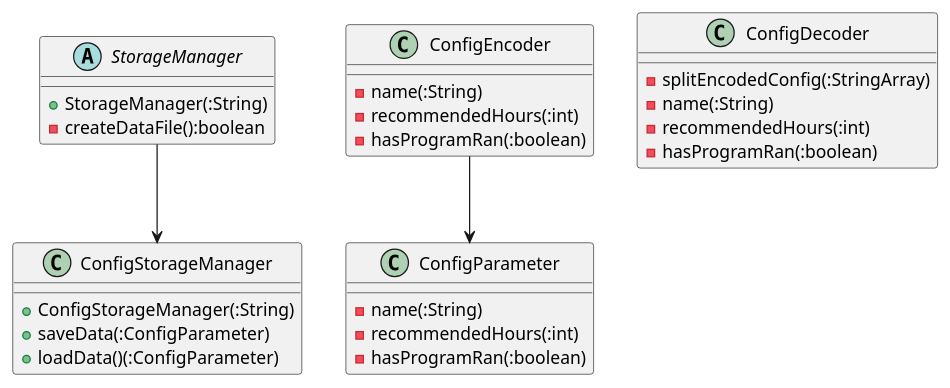
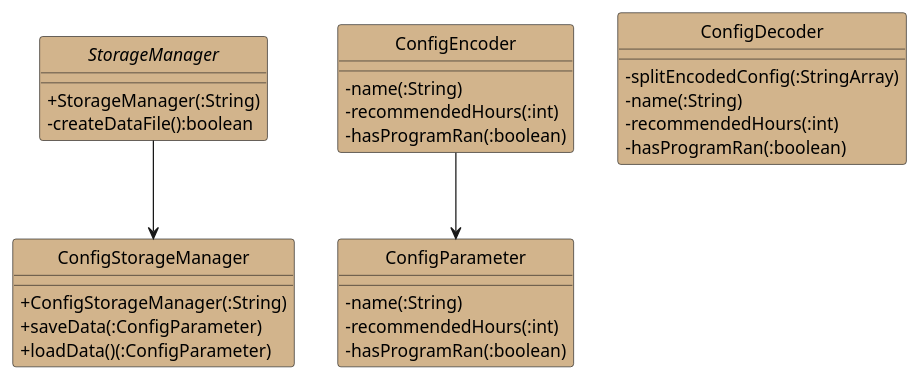
Before and after one commit to untitle4/tp: the diagram in docs/plantuml/ConfigStorage.puml, drawn with PlantUML. The commit also changed 4 other files, not shown here.

```diff
--- a/docs/plantuml/ConfigStorage.puml
+++ b/docs/plantuml/ConfigStorage.puml
@@ -1,34 +1,38 @@
 @startuml
+hide circles
+skinparam classAttributeIconSize 0
+skinparam classBackgroundColor Tan
+
 abstract class StorageManager {
     + StorageManager(:String)
     - createDataFile():boolean
 }
 
 class ConfigStorageManager {
     + ConfigStorageManager(:String)
     + saveData(:ConfigParameter)
     + loadData()(:ConfigParameter)
 }
 
 class ConfigParameter {
     - name(:String)
     - recommendedHours(:int)
     - hasProgramRan(:boolean)
 }
 
 class ConfigEncoder {
     - name(:String)
     - recommendedHours(:int)
     - hasProgramRan(:boolean)
 }
 
 class ConfigDecoder {
     - splitEncodedConfig(:StringArray)
     - name(:String)
     - recommendedHours(:int)
     - hasProgramRan(:boolean)
 }
 
 StorageManager --> ConfigStorageManager
 ConfigEncoder --> ConfigParameter
 @enduml
```
